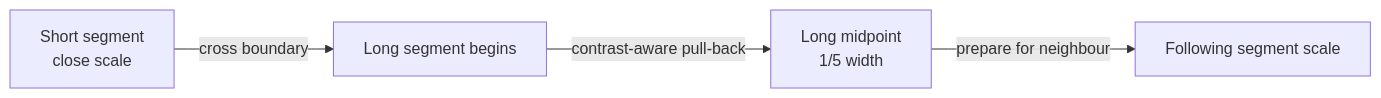
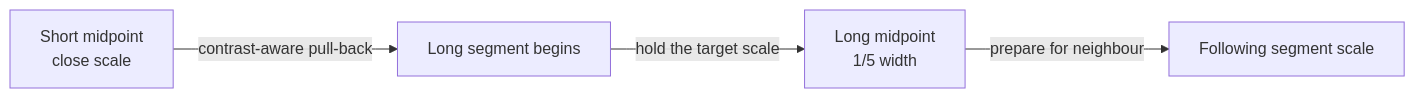
One commit to blubalubbin/music-mixer changed the second of 3 diagrams in docs/timeline-dynamics.md. Above: the diagram before and after it, drawn with Mermaid. The commit also changed other lines of this file and 3 other files, not shown here.

````diff
--- a/docs/timeline-dynamics.md
+++ b/docs/timeline-dynamics.md
@@ -51,6 +51,6 @@
 ```mermaid
 flowchart LR
-    Short["Short segment<br/>close scale"] -->|"cross boundary"| LongStart["Long segment begins"]
-    LongStart -->|"contrast-aware pull-back"| LongMid["Long midpoint<br/>1/5 width"]
+    Short["Short midpoint<br/>close scale"] -->|"contrast-aware pull-back"| LongStart["Long segment begins"]
+    LongStart -->|"hold the target scale"| LongMid["Long midpoint<br/>1/5 width"]
     LongMid -->|"prepare for neighbour"| Following["Following segment scale"]
 ```
````
